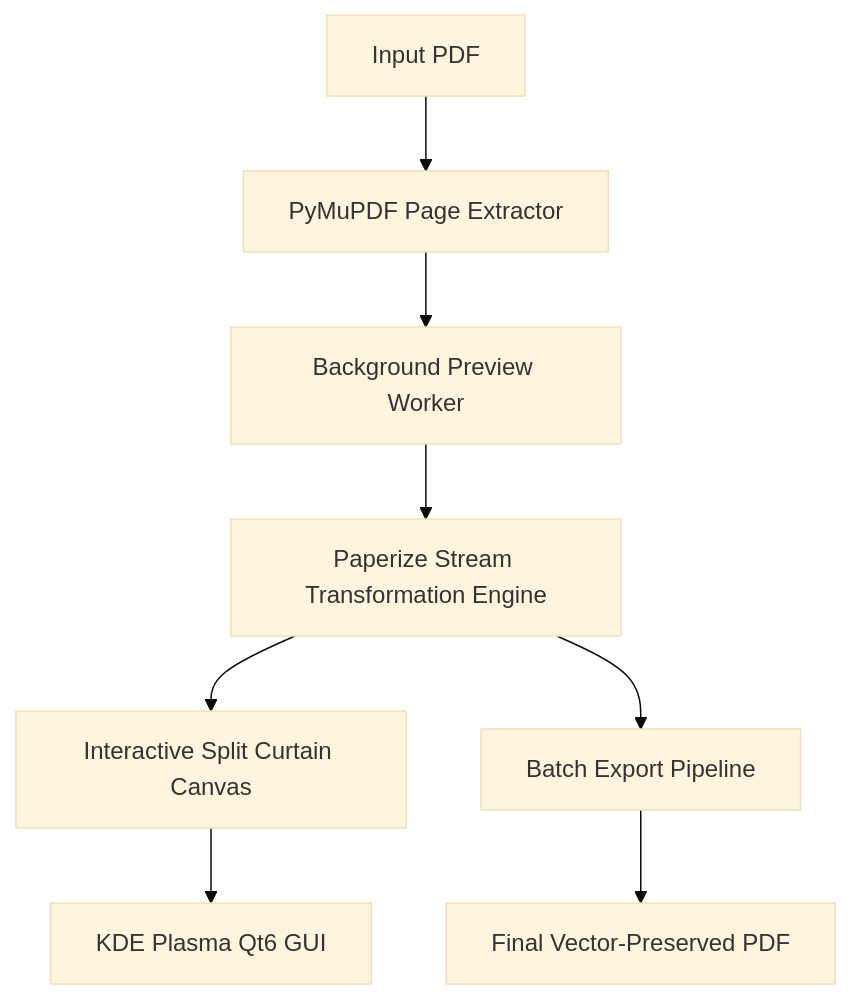
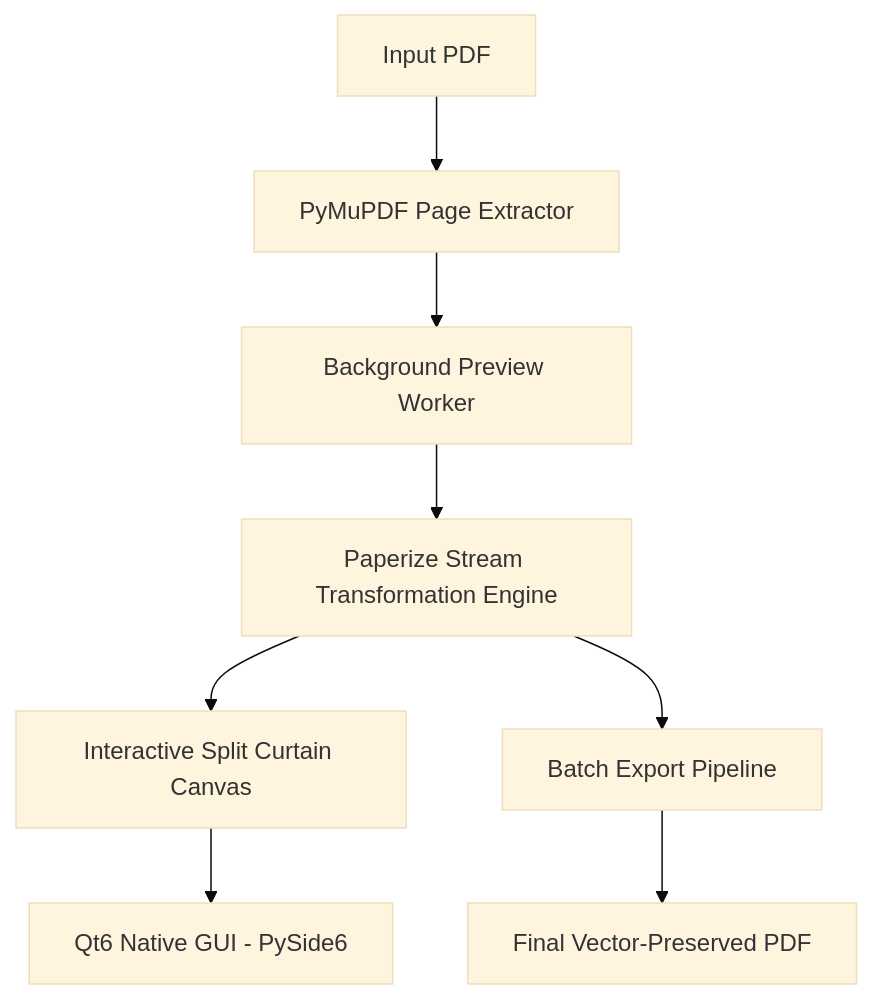
Before and after one commit to Refayatul/paperizer: the diagram in README.md, drawn with Mermaid (base theme). The commit also changed other lines of this file, not shown here.

````diff
--- a/README.md
+++ b/README.md
@@ -32,10 +55,10 @@
 ```mermaid
 graph TD
     A[Input PDF] --> B[PyMuPDF Page Extractor]
     B --> C[Background Preview Worker]
     C --> D[Paperize Stream Transformation Engine]
     D --> E[Interactive Split Curtain Canvas]
-    E --> F[KDE Plasma Qt6 GUI]
+    E --> F[Qt6 Native GUI - PySide6]
     D --> G[Batch Export Pipeline]
     G --> H[Final Vector-Preserved PDF]
 ```
````
